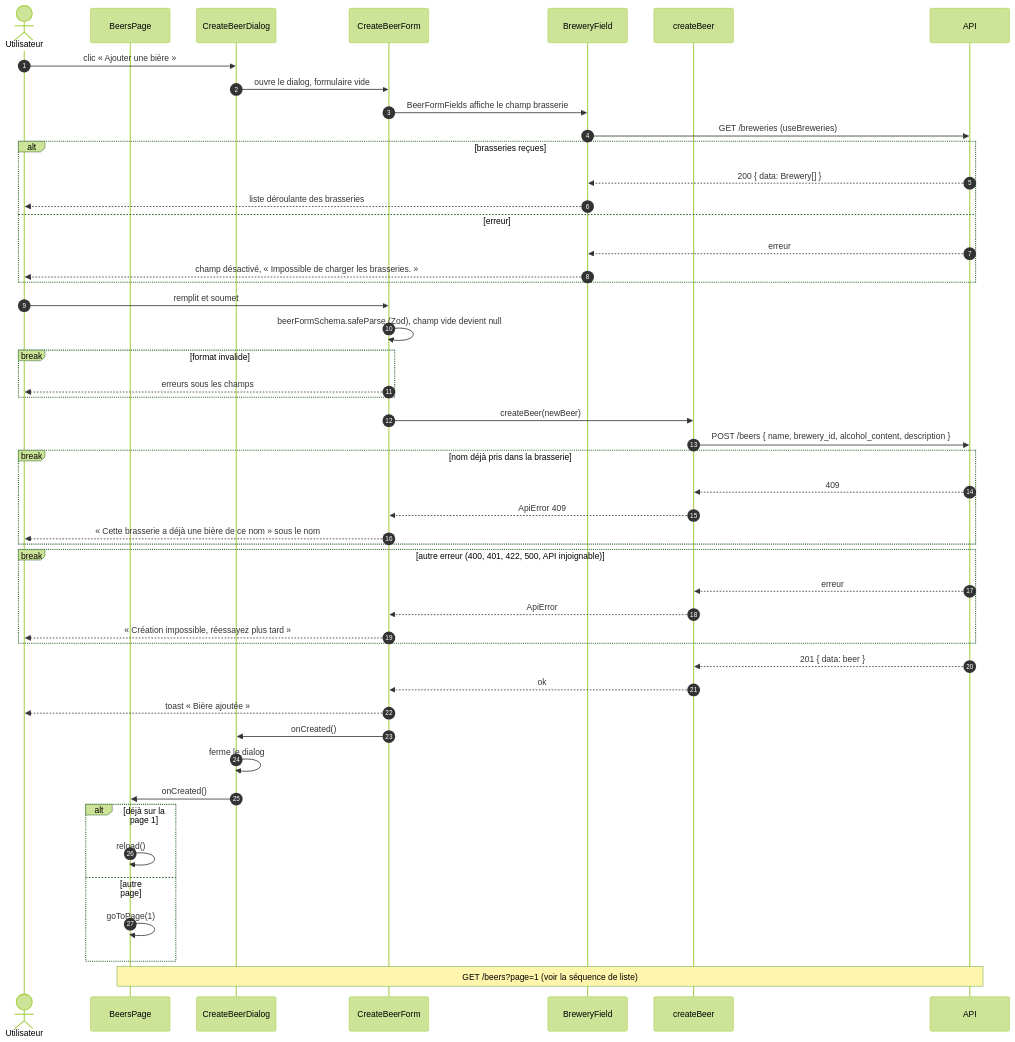
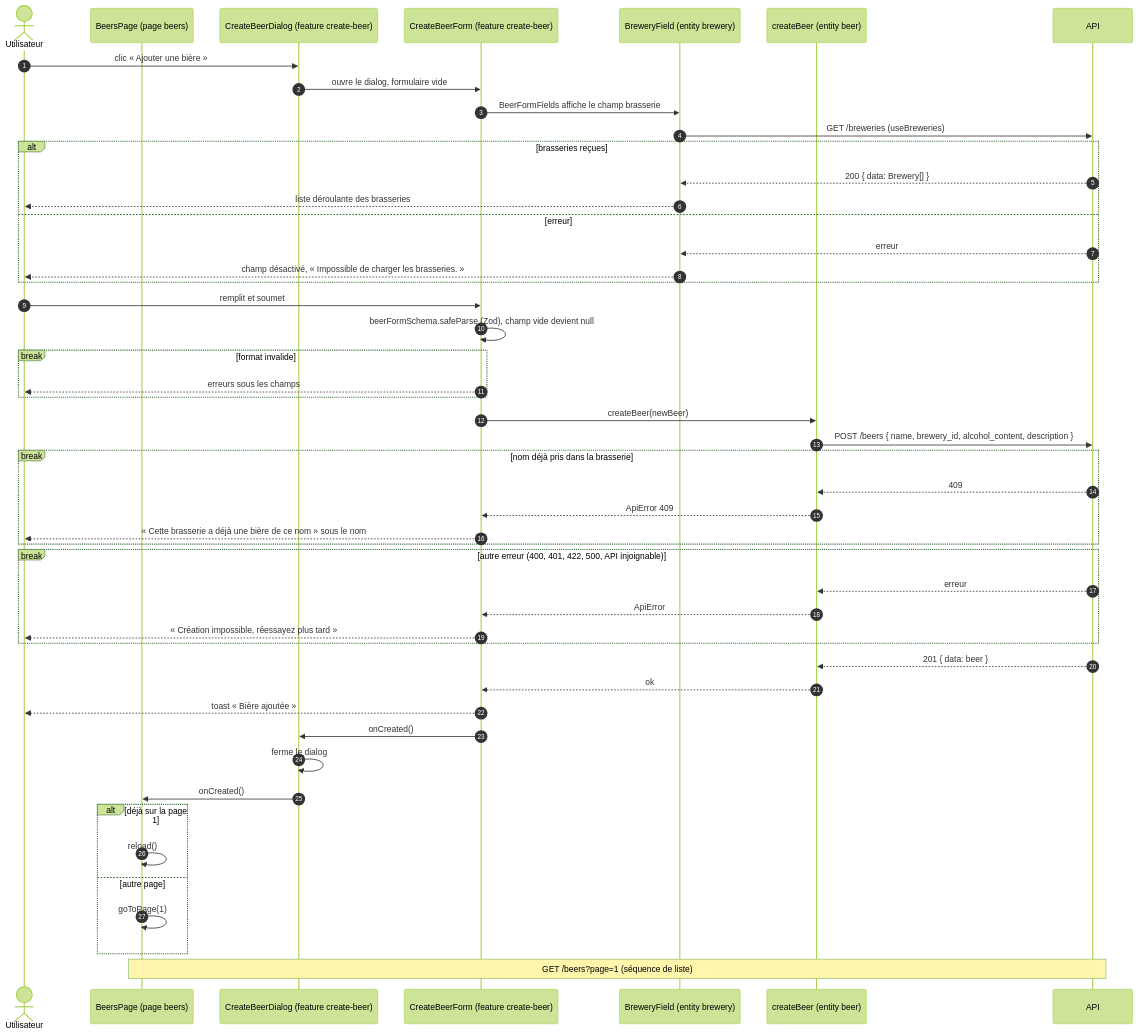
Before and after one commit to SIMPLON-DIST-CDA-260316/zythologue_julien_lemarchand: the diagram in apps/client/docs/diagrams/create-beer-sequence.md, drawn with Mermaid (forest theme). The commit also changed other lines of this file and 3 other files, not shown here.

Commit message:
docs(client): couches FSD et choix de modélisation dans les diagrammes bières

````diff
--- a/apps/client/docs/diagrams/create-beer-sequence.md
+++ b/apps/client/docs/diagrams/create-beer-sequence.md
@@ -13,60 +13,60 @@
 ```mermaid
 sequenceDiagram
     autonumber
     actor U as Utilisateur
-    participant P as BeersPage
-    participant D as CreateBeerDialog
-    participant F as CreateBeerForm
-    participant B as BreweryField
-    participant A as createBeer
+    participant P as BeersPage (page beers)
+    participant D as CreateBeerDialog (feature create-beer)
+    participant F as CreateBeerForm (feature create-beer)
+    participant B as BreweryField (entity brewery)
+    participant A as createBeer (entity beer)
     participant API as API
 
     U->>D: clic « Ajouter une bière »
     D->>F: ouvre le dialog, formulaire vide
     F->>B: BeerFormFields affiche le champ brasserie
     B->>API: GET /breweries (useBreweries)
 
     alt brasseries reçues
         API-->>B: 200 { data: Brewery[] }
         B-->>U: liste déroulante des brasseries
     else erreur
         API-->>B: erreur
         B-->>U: champ désactivé, « Impossible de charger les brasseries. »
     end
 
     U->>F: remplit et soumet
     F->>F: beerFormSchema.safeParse (Zod), champ vide devient null
 
     break format invalide
         F-->>U: erreurs sous les champs
     end
 
     F->>A: createBeer(newBeer)
     A->>API: POST /beers { name, brewery_id, alcohol_content, description }
 
     break nom déjà pris dans la brasserie
         API-->>A: 409
         A-->>F: ApiError 409
         F-->>U: « Cette brasserie a déjà une bière de ce nom » sous le nom
     end
 
     break autre erreur (400, 401, 422, 500, API injoignable)
         API-->>A: erreur
         A-->>F: ApiError
         F-->>U: « Création impossible, réessayez plus tard »
     end
 
     API-->>A: 201 { data: beer }
     A-->>F: ok
     F-->>U: toast « Bière ajoutée »
     F->>D: onCreated()
     D->>D: ferme le dialog
     D->>P: onCreated()
 
     alt déjà sur la page 1
         P->>P: reload()
     else autre page
         P->>P: goToPage(1)
     end
-    Note over P,API: GET /beers?page=1 (voir la séquence de liste)
+    Note over P,API: GET /beers?page=1 (séquence de liste)
 ```
````
